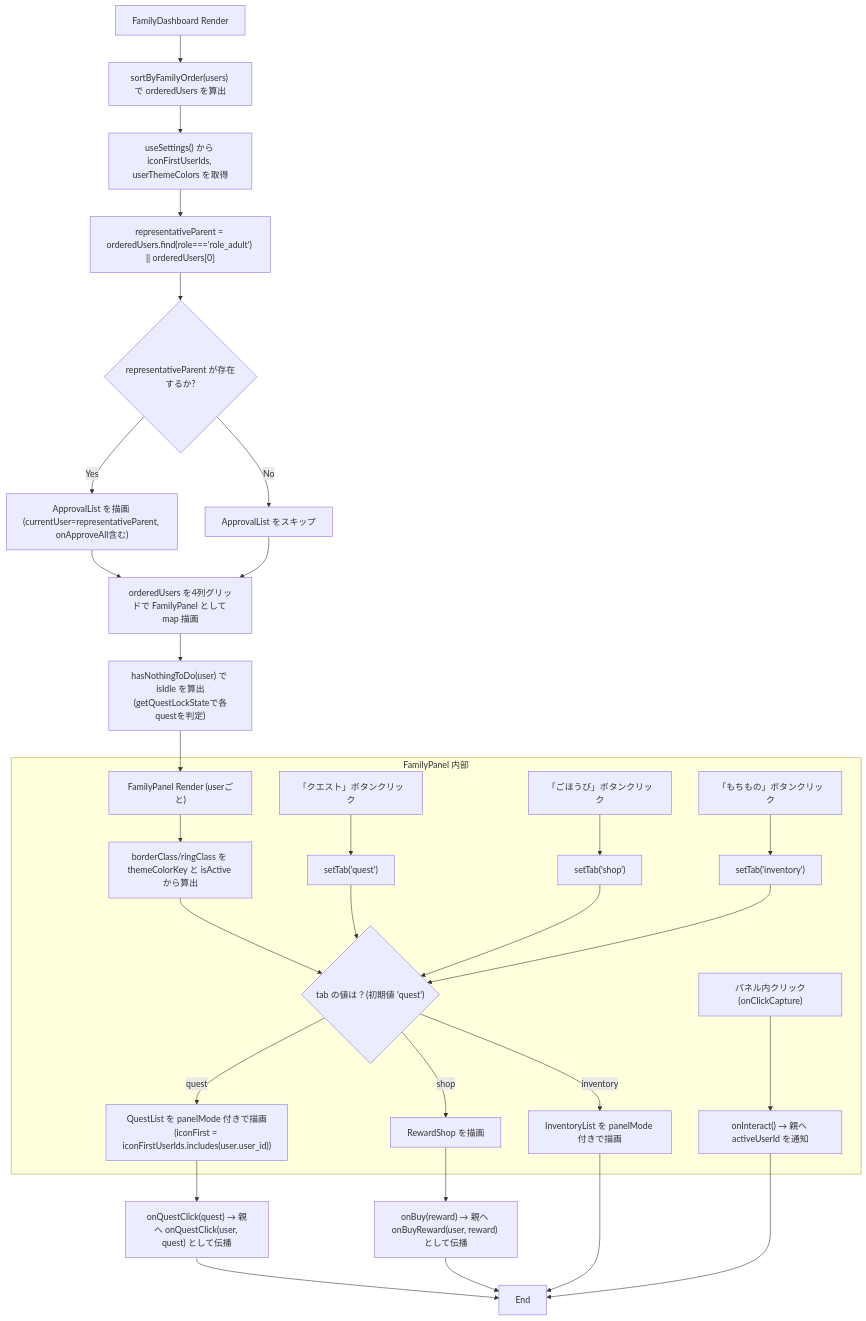
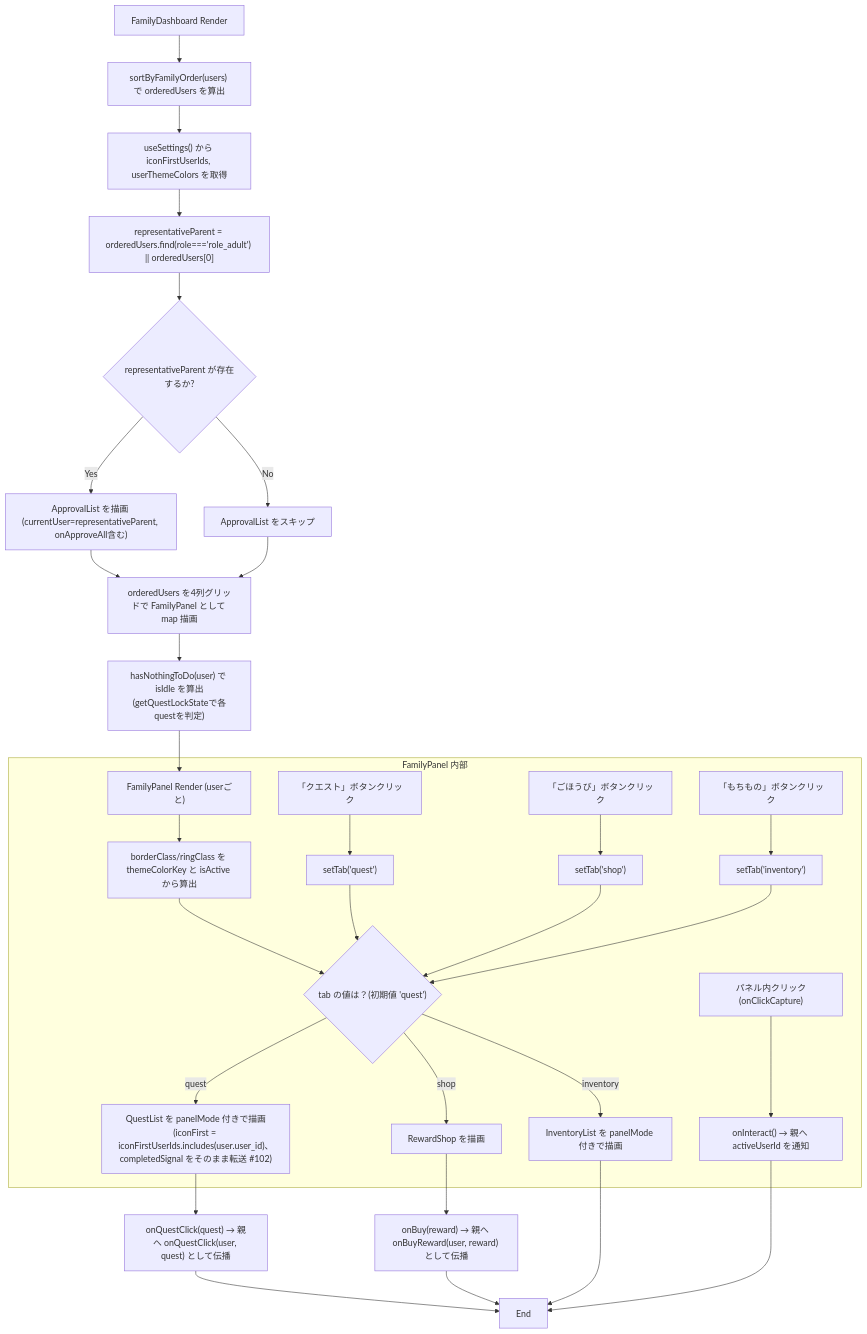
Before and after one commit to mmtigers/my_python_project: the first of 2 diagrams in docs/specifications/family-quest/src/features/family/components/FamilyDashboard.md, drawn with Mermaid. The commit also changed other lines of this file and 2 other files, not shown here.

````diff
--- a/docs/specifications/family-quest/src/features/family/components/FamilyDashboard.md
+++ b/docs/specifications/family-quest/src/features/family/components/FamilyDashboard.md
@@ -153,38 +155,38 @@
 ```mermaid
 flowchart TD
     Start["FamilyDashboard Render"] --> SortUsers["sortByFamilyOrder(users) で orderedUsers を算出"]
     SortUsers --> Settings["useSettings() から iconFirstUserIds, userThemeColors を取得"]
     Settings --> FindParent["representativeParent = orderedUsers.find(role==='role_adult') || orderedUsers[0]"]
     FindParent --> HasParent{"representativeParent が存在するか?"}
     HasParent -- Yes --> RenderApproval["ApprovalList を描画 (currentUser=representativeParent, onApproveAll含む)"]
     HasParent -- No --> SkipApproval["ApprovalList をスキップ"]
     RenderApproval --> RenderGrid["orderedUsers を4列グリッドで FamilyPanel として map 描画"]
     SkipApproval --> RenderGrid
 
     RenderGrid --> IdleCheck["hasNothingToDo(user) で isIdle を算出\n(getQuestLockStateで各questを判定)"]
     IdleCheck --> PanelRender["FamilyPanel Render (userごと)"]
 
     subgraph "FamilyPanel 内部"
         PanelRender --> BorderCalc["borderClass/ringClass を themeColorKey と isActive から算出"]
         BorderCalc --> TabState{"tab の値は？(初期値 'quest')"}
-        TabState -- "quest" --> RenderQuestList["QuestList を panelMode 付きで描画\n(iconFirst = iconFirstUserIds.includes(user.user_id))"]
+        TabState -- "quest" --> RenderQuestList["QuestList を panelMode 付きで描画\n(iconFirst = iconFirstUserIds.includes(user.user_id)、completedSignal をそのまま転送 #102)"]
         TabState -- "shop" --> RenderRewardShop["RewardShop を描画"]
         TabState -- "inventory" --> RenderInventoryList["InventoryList を panelMode 付きで描画"]
         TabClickQuest["「クエスト」ボタンクリック"] --> SetTabQuest["setTab('quest')"]
         TabClickShop["「ごほうび」ボタンクリック"] --> SetTabShop["setTab('shop')"]
         TabClickInventory["「もちもの」ボタンクリック"] --> SetTabInventory["setTab('inventory')"]
         SetTabQuest --> TabState
         SetTabShop --> TabState
         SetTabInventory --> TabState
         PanelClick["パネル内クリック(onClickCapture)"] --> Interact["onInteract() → 親へ activeUserId を通知"]
     end
 
     RenderQuestList --> QuestClickCb["onQuestClick(quest) → 親へ onQuestClick(user, quest) として伝播"]
     RenderRewardShop --> BuyCb["onBuy(reward) → 親へ onBuyReward(user, reward) として伝播"]
 
     QuestClickCb --> End["End"]
     BuyCb --> End
     RenderInventoryList --> End
     Interact --> End
 
 ```
````
